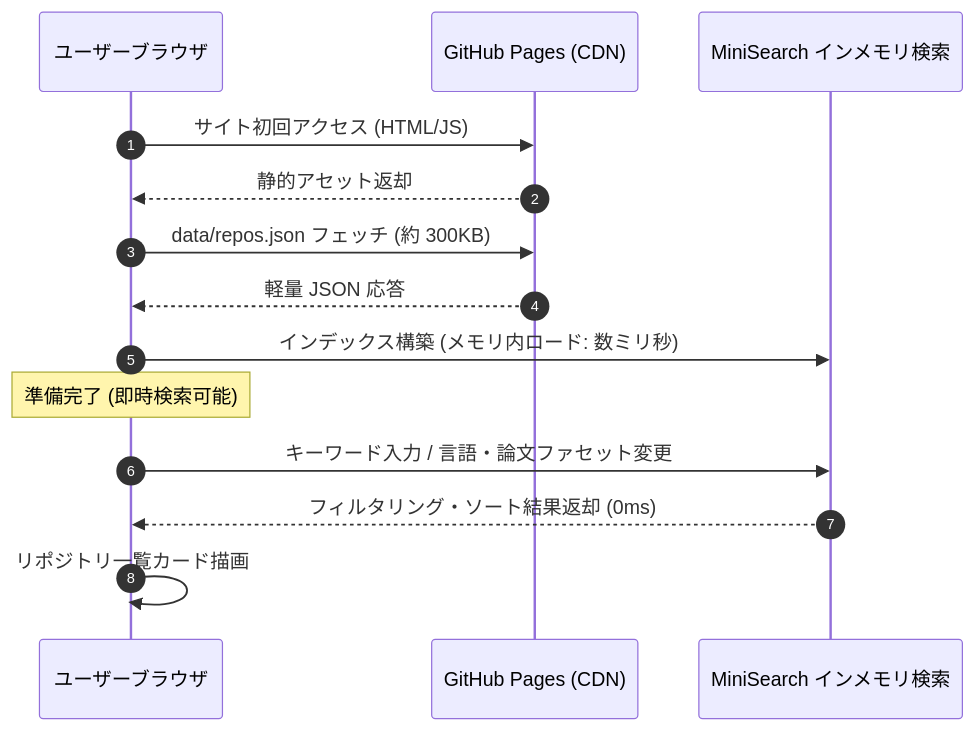
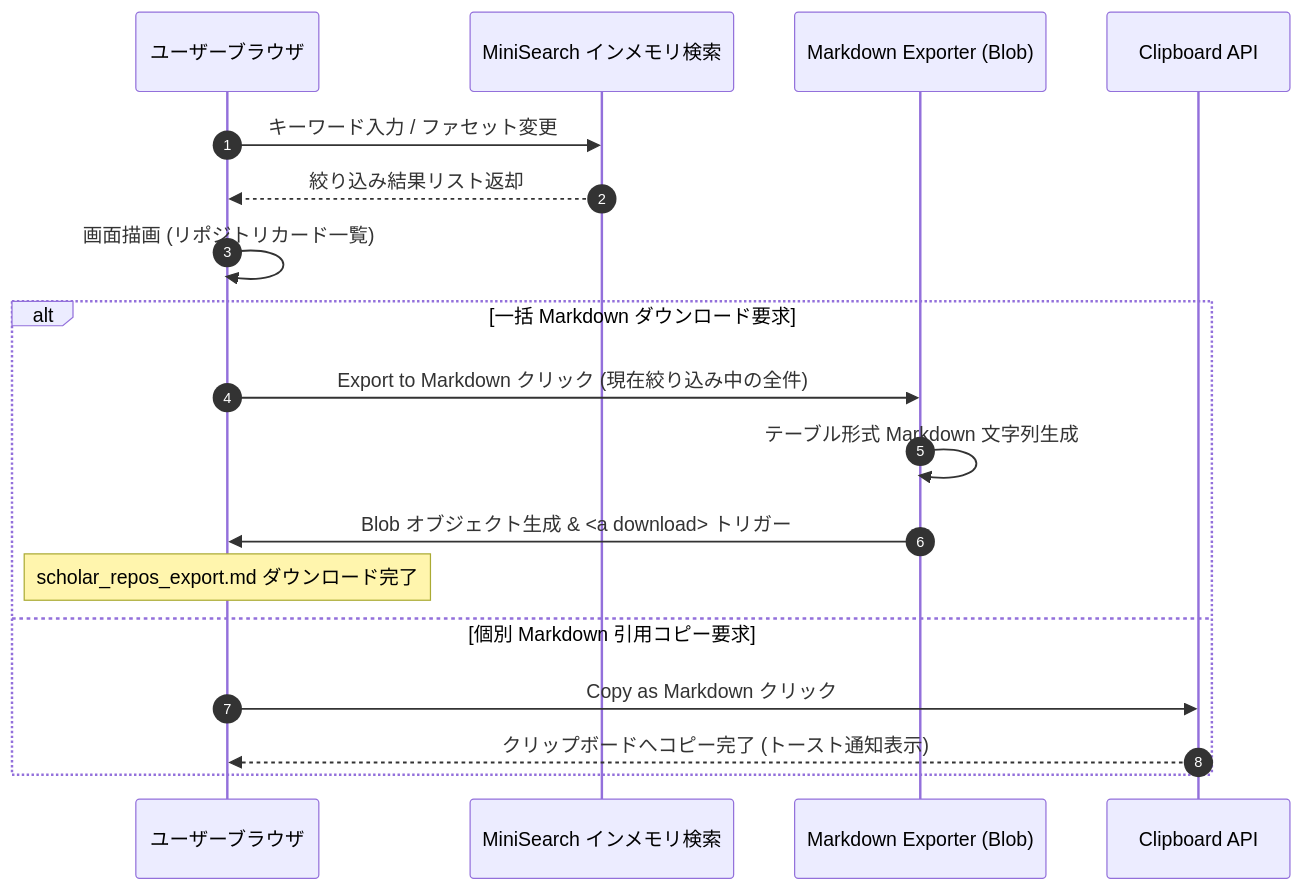
Before and after one commit to xzyozi/ScholarRepo-Finder: the diagram in docs/design/SRF-DD-001_詳細設計書.md, drawn with Mermaid. The commit also changed other lines of this file and 3 other files, not shown here.

````diff
--- a/docs/design/SRF-DD-001_詳細設計書.md
+++ b/docs/design/SRF-DD-001_詳細設計書.md
@@ -69,18 +43,22 @@
 ```mermaid
 sequenceDiagram
     autonumber
     participant Browser as ユーザーブラウザ
-    participant Pages as GitHub Pages (CDN)
     participant Engine as MiniSearch インメモリ検索
+    participant Exporter as Markdown Exporter (Blob)
+    participant Clipboard as Clipboard API
 
-    Browser->>Pages: サイト初回アクセス (HTML/JS)
-    Pages-->>Browser: 静的アセット返却
-    Browser->>Pages: data/repos.json フェッチ (約 300KB)
-    Pages-->>Browser: 軽量 JSON 応答
-    Browser->>Engine: インデックス構築 (メモリ内ロード: 数ミリ秒)
-    Note over Browser: 準備完了 (即時検索可能)
+    Browser->>Engine: キーワード入力 / ファセット変更
+    Engine-->>Browser: 絞り込み結果リスト返却
+    Browser->>Browser: 画面描画 (リポジトリカード一覧)
 
-    Browser->>Engine: キーワード入力 / 言語・論文ファセット変更
-    Engine-->>Browser: フィルタリング・ソート結果返却 (0ms)
-    Browser->>Browser: リポジトリ一覧カード描画
+    alt 一括 Markdown ダウンロード要求
+        Browser->>Exporter: Export to Markdown クリック (現在絞り込み中の全件)
+        Exporter->>Exporter: テーブル形式 Markdown 文字列生成
+        Exporter->>Browser: Blob オブジェクト生成 & <a download> トリガー
+        Note over Browser: scholar_repos_export.md ダウンロード完了
+    else 個別 Markdown 引用コピー要求
+        Browser->>Clipboard: Copy as Markdown クリック
+        Clipboard-->>Browser: クリップボードへコピー完了 (トースト通知表示)
+    end
 ```
````
